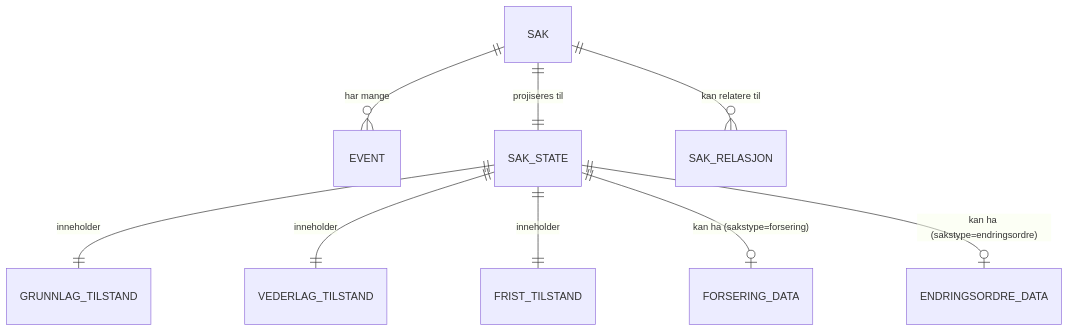
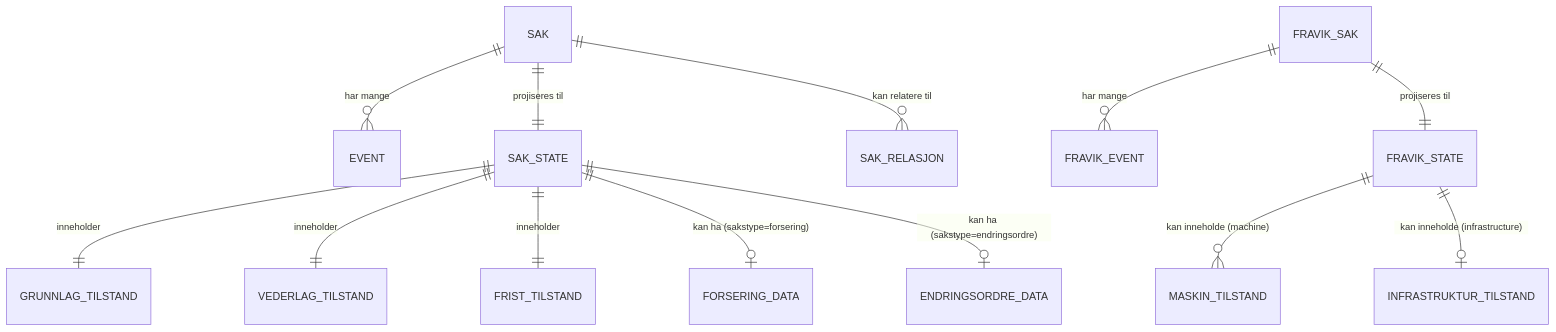
One commit to khjohns/unified-timeline changed the first of 5 diagrams in docs/ARCHITECTURE_AND_DATAMODEL.md. Above: the diagram before and after it, drawn with Mermaid. The commit also changed other lines of this file, not shown here.

First line of the commit message:
docs: Oppdater arkitekturdokumentasjon med Supabase, fravik og Dalux

````diff
--- a/docs/ARCHITECTURE_AND_DATAMODEL.md
+++ b/docs/ARCHITECTURE_AND_DATAMODEL.md
@@ -161,12 +184,17 @@
 ```mermaid
 erDiagram
     SAK ||--o{ EVENT : "har mange"
     SAK ||--|| SAK_STATE : "projiseres til"
     SAK ||--o{ SAK_RELASJON : "kan relatere til"
 
     SAK_STATE ||--|| GRUNNLAG_TILSTAND : "inneholder"
     SAK_STATE ||--|| VEDERLAG_TILSTAND : "inneholder"
     SAK_STATE ||--|| FRIST_TILSTAND : "inneholder"
     SAK_STATE ||--o| FORSERING_DATA : "kan ha (sakstype=forsering)"
     SAK_STATE ||--o| ENDRINGSORDRE_DATA : "kan ha (sakstype=endringsordre)"
+
+    FRAVIK_SAK ||--o{ FRAVIK_EVENT : "har mange"
+    FRAVIK_SAK ||--|| FRAVIK_STATE : "projiseres til"
+    FRAVIK_STATE ||--o{ MASKIN_TILSTAND : "kan inneholde (machine)"
+    FRAVIK_STATE ||--o| INFRASTRUKTUR_TILSTAND : "kan inneholde (infrastructure)"
 ```
````
